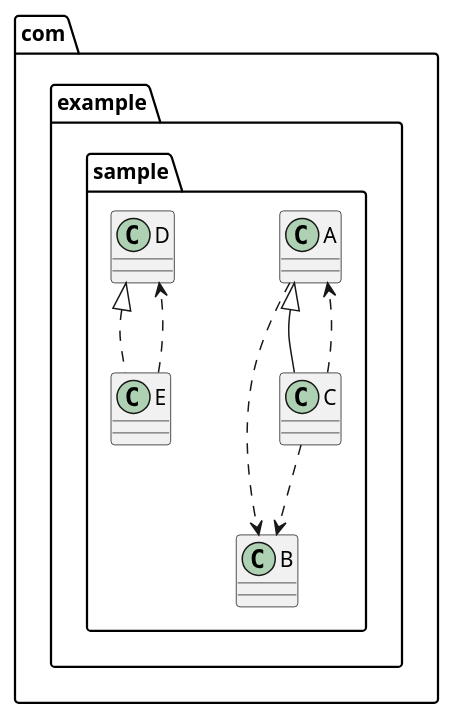
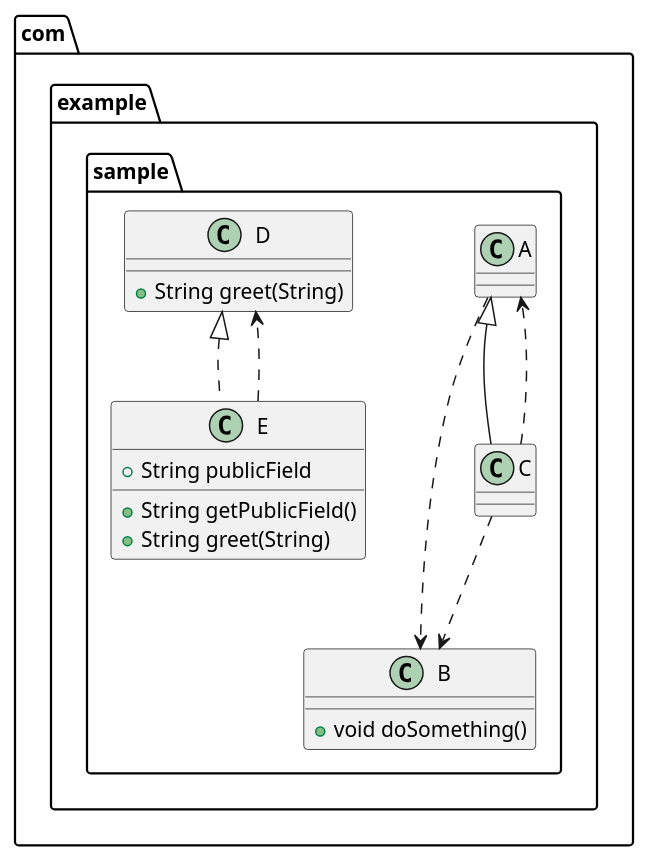
The diagram in sample-project/docs/diagrams/class-diagram.puml (euledge/code-atlas), drawn with PlantUML before and after one commit. The commit also changed 12 other files, not shown here.

Commit message:
docs: Add generated Mermaid diagram example to READMEs and commit other pending changes

```diff
--- a/sample-project/docs/diagrams/class-diagram.puml
+++ b/sample-project/docs/diagrams/class-diagram.puml
@@ -1,18 +1,23 @@
 @startuml
 class com.example.sample.B {
+    + void doSomething()
 }
 class com.example.sample.A {
 }
 com.example.sample.A ..> com.example.sample.B
 class com.example.sample.D {
+    + String greet(String)
 }
 class com.example.sample.C {
 }
 com.example.sample.A <|-- com.example.sample.C
 com.example.sample.C ..> com.example.sample.B
 com.example.sample.C ..> com.example.sample.A
 class com.example.sample.E {
+    + String publicField
+    + String getPublicField()
+    + String greet(String)
 }
 com.example.sample.D <|.. com.example.sample.E
 com.example.sample.E ..> com.example.sample.D
 @enduml
```
